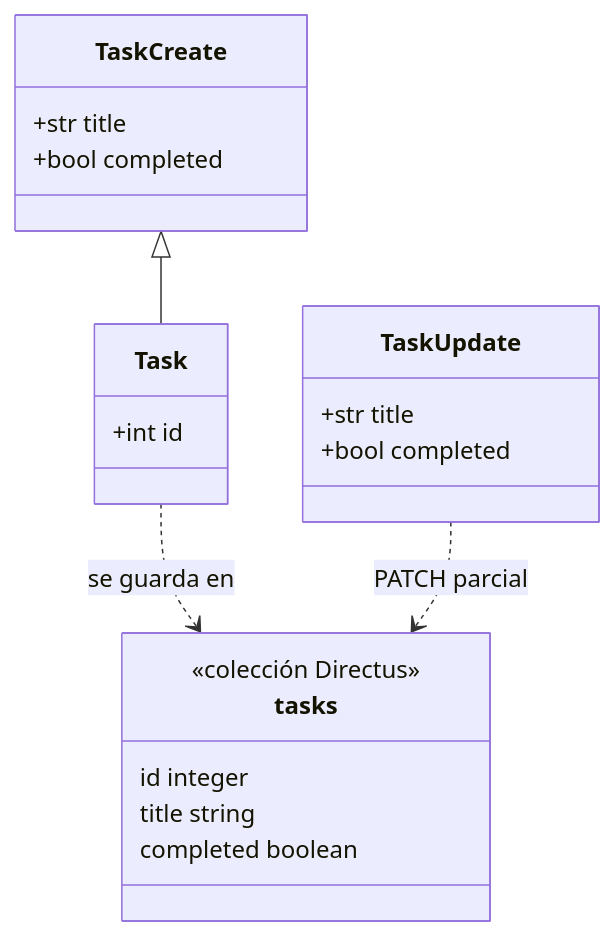
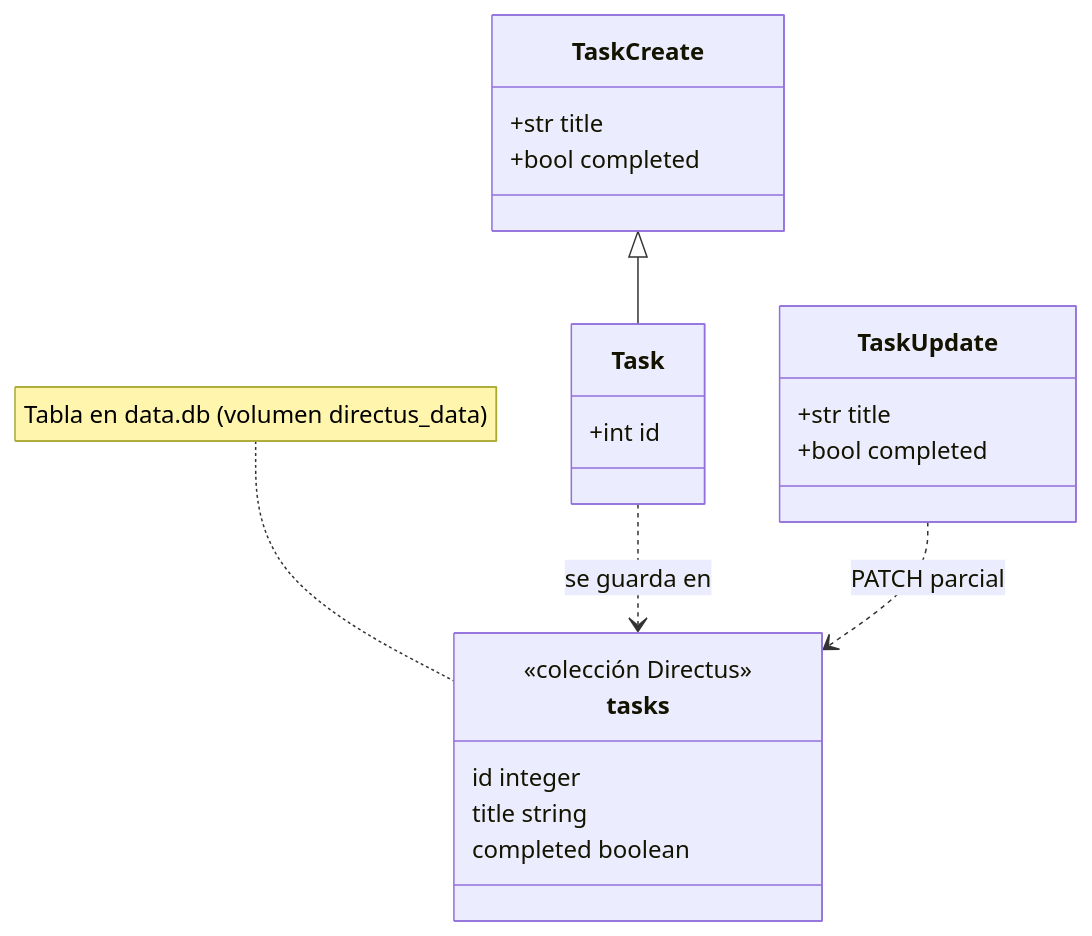
One commit to Capstone-2026-DISC/directus-fastapi-demo changed the third of 4 diagrams in README.md. Above: the diagram before and after it, drawn with Mermaid. The commit also changed other lines of this file and 1 other file, not shown here.

````diff
--- a/README.md
+++ b/README.md
@@ -78,23 +85,24 @@
 ```mermaid
 classDiagram
     class TaskCreate {
         +str title
         +bool completed
     }
     class TaskUpdate {
         +str title
         +bool completed
     }
     class Task {
         +int id
     }
     class tasks {
         <<colección Directus>>
         id integer
         title string
         completed boolean
     }
+    note for tasks "Tabla en data.db (volumen directus_data)"
     TaskCreate <|-- Task
     Task ..> tasks : se guarda en
     TaskUpdate ..> tasks : PATCH parcial
 ```
````
